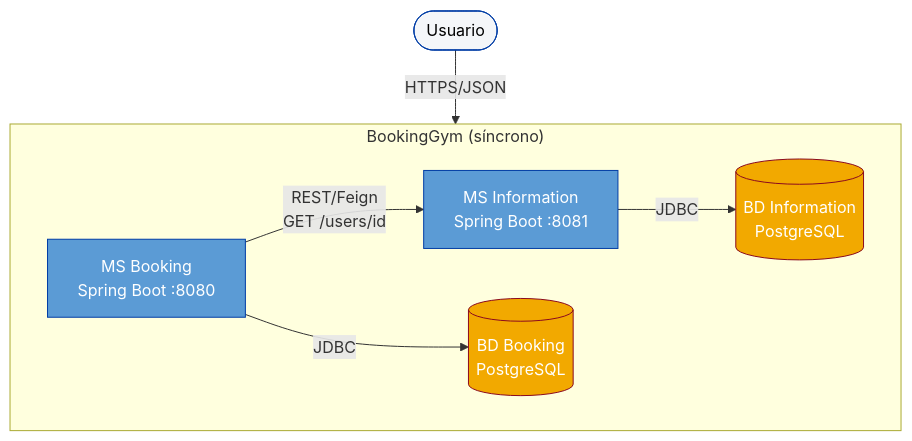
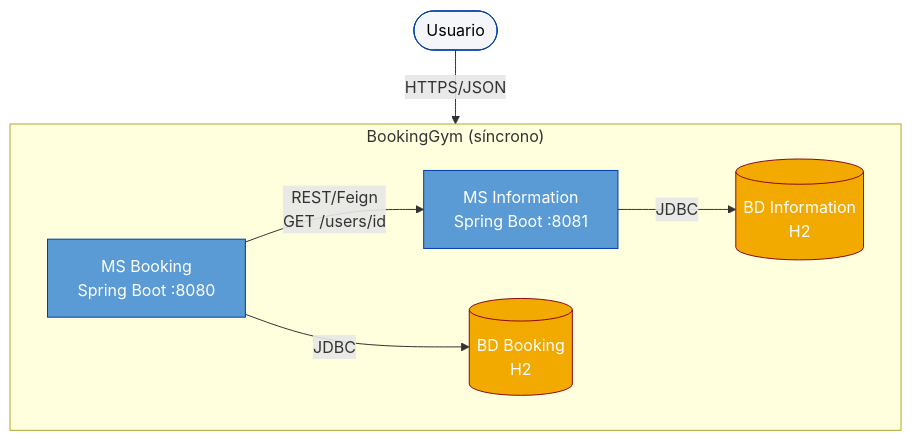
The first of 8 diagrams in BokingGymNewVersion/architecture.md (arielhurtado/springbootexamples), drawn with Mermaid before and after one commit. The commit also changed other lines of this file, not shown here.

First line of the commit message:
Change database from PostgreSQL to H2 in architecture

````diff
--- a/BokingGymNewVersion/architecture.md
+++ b/BokingGymNewVersion/architecture.md
@@ -49,25 +49,25 @@
 ```mermaid
 flowchart TB
     subgraph bookinggym["BookingGym (síncrono)"]
         direction LR
         msB["MS Booking<br/>Spring Boot :8080"]
         msI["MS Information<br/>Spring Boot :8081"]
-        dbB[("BD Booking<br/>PostgreSQL")]
-        dbI[("BD Information<br/>PostgreSQL")]
+        dbB[("BD Booking<br/>H2")]
+        dbI[("BD Information<br/>H2")]
     end
 
     usuario(["Usuario"])
 
     usuario -->|HTTPS/JSON| msB
     msB -->|"REST/Feign<br/>GET /users/id"| msI
     msB -->|JDBC| dbB
     msI -->|JDBC| dbI
 
     classDef app fill:#5B9BD5,stroke:#003DA5,color:#fff
     classDef db fill:#F2A900,stroke:#8B0A1F,color:#fff
     classDef person fill:#F4F6F9,stroke:#003DA5,color:#000
 
     class msB,msI app
     class dbB,dbI db
     class usuario person
 ```
````
